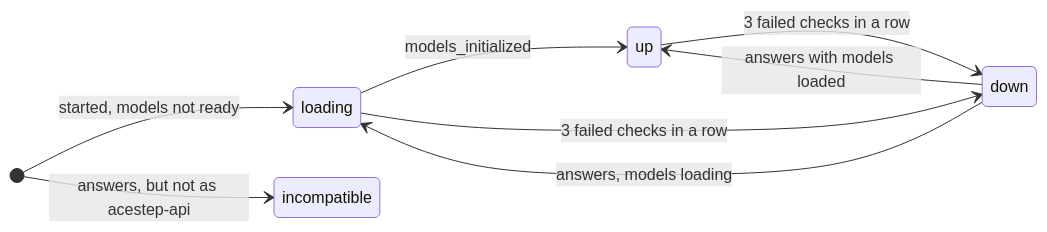
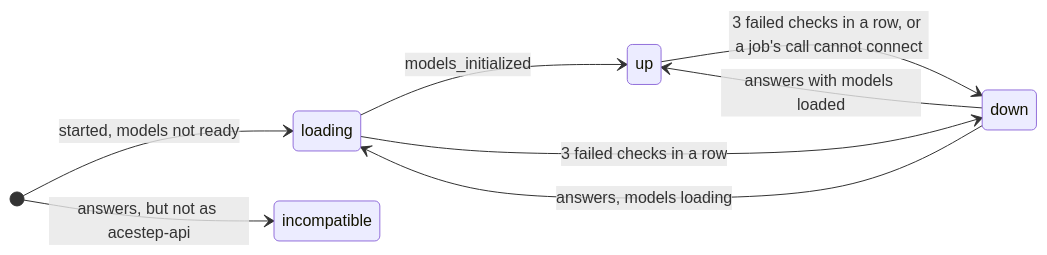
One commit to fulgas/maio changed the diagram in docs/architecture/03-system-scope-and-context.md. Above: the diagram before and after it, drawn with Mermaid. The commit also changed other lines of this file and 5 other files, not shown here.

````diff
--- a/docs/architecture/03-system-scope-and-context.md
+++ b/docs/architecture/03-system-scope-and-context.md
@@ -58,11 +58,11 @@
 ```mermaid
 stateDiagram-v2
     direction LR
     [*] --> loading: started, models not ready
     [*] --> incompatible: answers, but not as acestep-api
     loading --> up: models_initialized
-    up --> down: 3 failed checks in a row
+    up --> down: 3 failed checks in a row, or a job's call cannot connect
     loading --> down: 3 failed checks in a row
     down --> up: answers with models loaded
     down --> loading: answers, models loading
 ```
````
